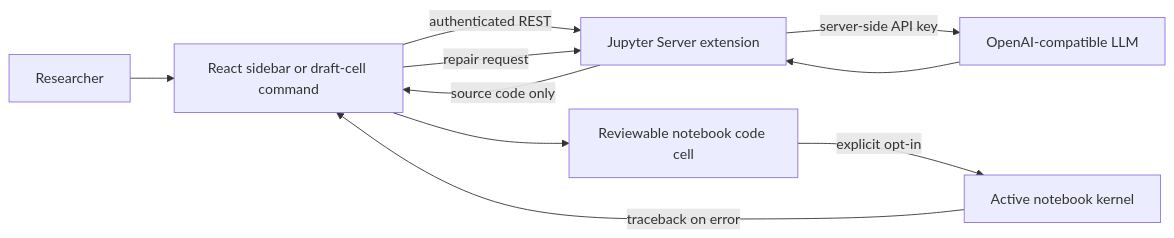
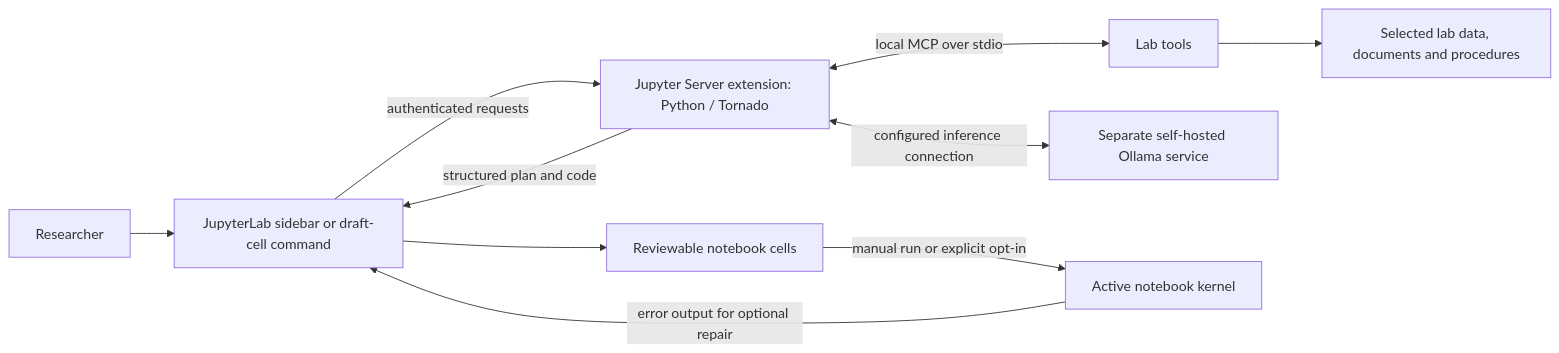
Before and after one commit to alexfiliuta/NaaVRE-AI-Assistant: the diagram in README.md, drawn with Mermaid. The commit also changed other lines of this file and 125 other files, not shown here.

````diff
--- a/README.md
+++ b/README.md
@@ -15,12 +20,12 @@
 ```mermaid
 flowchart LR
-    U[Researcher] --> UI[React sidebar or draft-cell command]
-    UI -->|authenticated REST| S[Jupyter Server extension]
-    S -->|server-side API key| L[OpenAI-compatible LLM]
-    L --> S
-    S -->|source code only| UI
-    UI --> C[Reviewable notebook code cell]
-    C -->|explicit opt-in| K[Active notebook kernel]
-    K -->|traceback on error| UI
-    UI -->|repair request| S
+    U[Researcher] --> UI[JupyterLab sidebar or draft-cell command]
+    UI -->|authenticated requests| S[Jupyter Server extension: Python / Tornado]
+    S <-->|local MCP over stdio| T[Lab tools]
+    T --> D[Selected lab data, documents and procedures]
+    S <-->|configured inference connection| L[Separate self-hosted Ollama service]
+    S -->|structured plan and code| UI
+    UI --> C[Reviewable notebook cells]
+    C -->|manual run or explicit opt-in| K[Active notebook kernel]
+    K -->|error output for optional repair| UI
 ```
````
